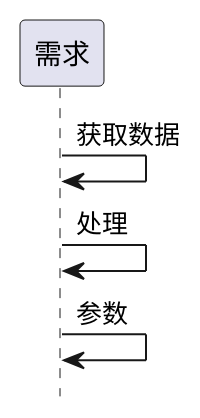
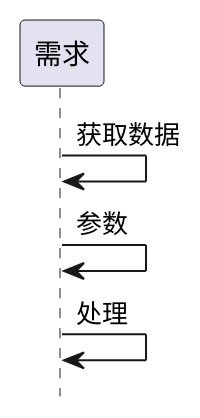
One commit to zj335841911/nt_chandao changed the third of 9 diagrams in ibizpms-docs/src/main/doc/v1/module/zentao/Story_old.md. Above: the diagram before and after it, drawn with PlantUML. The commit also changed other lines of this file and 2125 other files, not shown here.

```diff
--- a/ibizpms-docs/src/main/doc/v1/module/zentao/Story_old.md
+++ b/ibizpms-docs/src/main/doc/v1/module/zentao/Story_old.md
@@ -301,7 +301,7 @@
 {% plantuml %}
 hide footbox
 
 需求 -> 需求: 获取数据
+需求 -> 需求: 参数
 需求 -> 需求: 处理
-需求 -> 需求: 参数
 {% endplantuml %}
```
